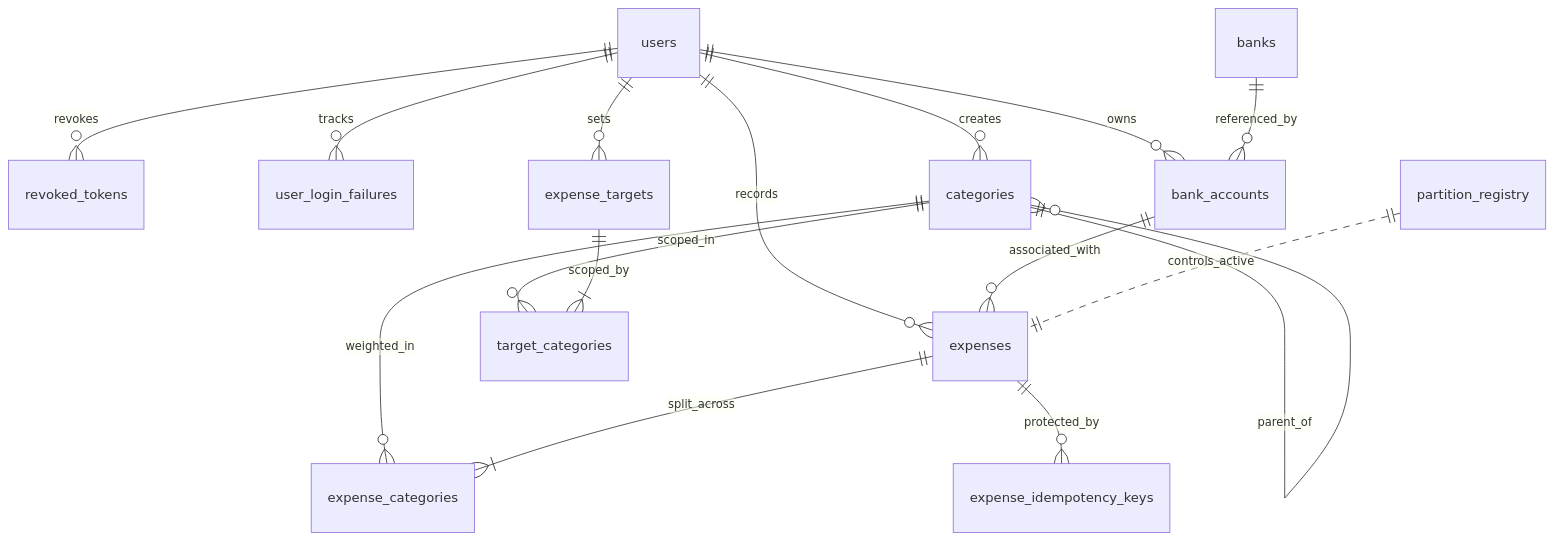
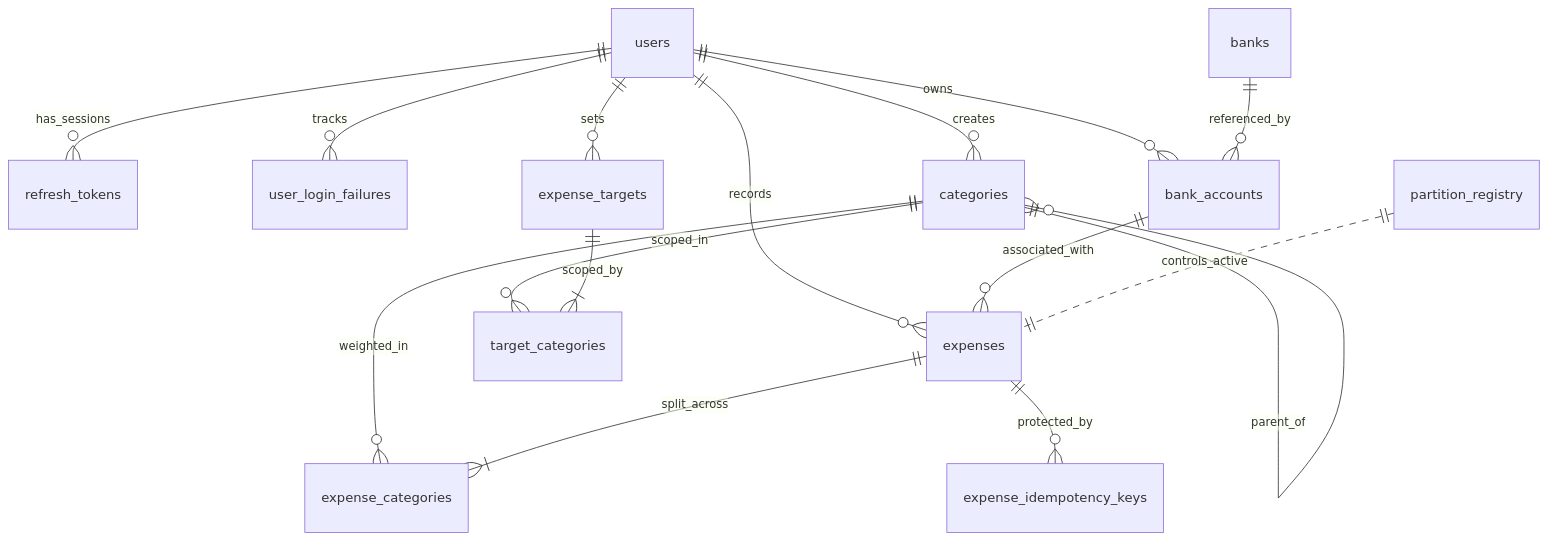
One commit to Curiosity-Advocate/expense-tracker changed the diagram in MVP/docs/architecture/data-model.md. Above: the diagram before and after it, drawn with Mermaid. The commit also changed other lines of this file and 31 other files, not shown here.

````diff
--- a/MVP/docs/architecture/data-model.md
+++ b/MVP/docs/architecture/data-model.md
@@ -415,18 +429,18 @@
 ```mermaid
 erDiagram
-    users ||--o{ revoked_tokens : revokes
+    users ||--o{ refresh_tokens : has_sessions
     users ||--o{ user_login_failures : tracks
     users ||--o{ bank_accounts : owns
     users ||--o{ categories : creates
     users ||--o{ expenses : records
     users ||--o{ expense_targets : sets
     banks ||--o{ bank_accounts : referenced_by
     bank_accounts ||--o{ expenses : associated_with
     categories ||--o{ expense_categories : weighted_in
     categories ||--o{ target_categories : scoped_in
     categories ||--o{ categories : parent_of
     expenses ||--|{ expense_categories : split_across
     expenses ||--o{ expense_idempotency_keys : protected_by
     expense_targets ||--|{ target_categories : scoped_by
     partition_registry ||..|| expenses : controls_active
 ```
````
